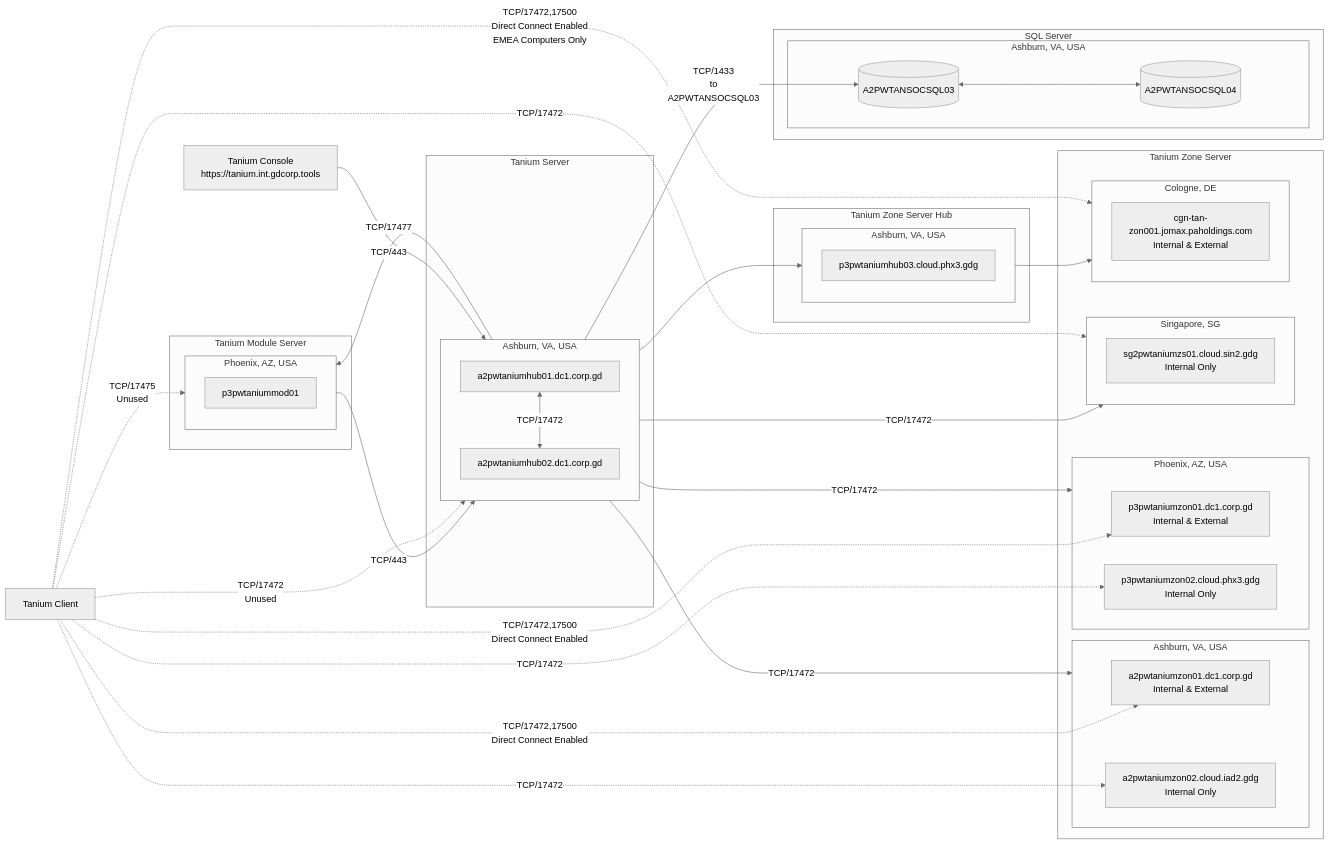
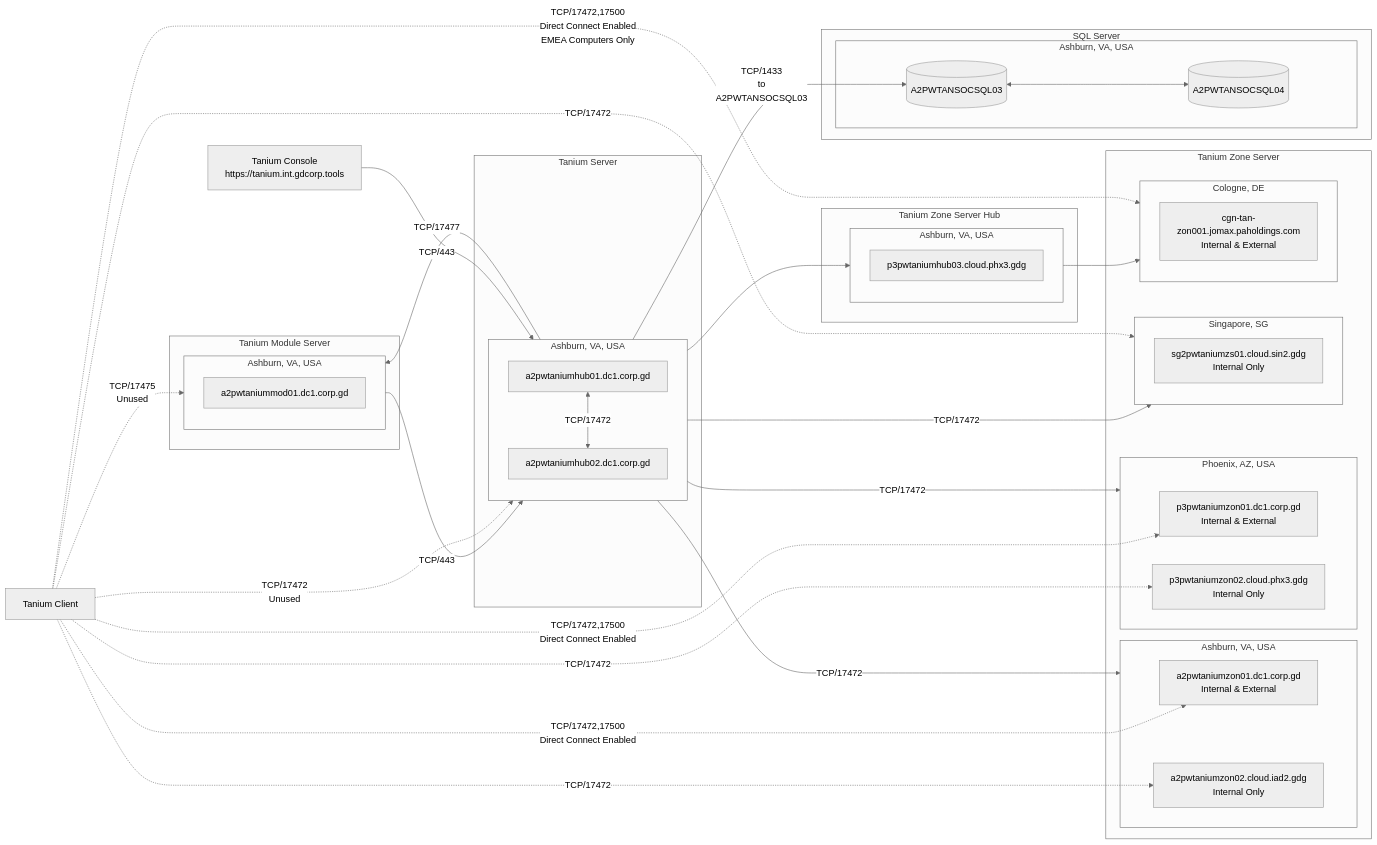
One commit to gdsec-test/tsa-tanium-config changed the diagram in docs/diagrams/src/tanium-architecture-prod-us.mmd. Above: the diagram before and after it, drawn with Mermaid (neutral theme).

Commit message:
Corrected name/location of Module Server

```diff
--- a/docs/diagrams/src/tanium-architecture-prod-us.mmd
+++ b/docs/diagrams/src/tanium-architecture-prod-us.mmd
@@ -1,77 +1,77 @@
 flowchart LR
     %% Define nodes and subgraphs
     subgraph TS["Tanium Server"]
         subgraph TS_A2["Ashburn, VA, USA"]
             TS_A2_1["a2pwtaniumhub01.dc1.corp.gd"]
             TS_A2_2["a2pwtaniumhub02.dc1.corp.gd"]
             TS_A2_1 <-->|"TCP/17472"| TS_A2_2
         end
     end
     subgraph MS["Tanium Module Server"]
-        subgraph MS_P3["Phoenix, AZ, USA"]
-            MS_P3_1["p3pwtaniummod01"]
+        subgraph MS_P3["Ashburn, VA, USA"]
+            MS_P3_1["a2pwtaniummod01.dc1.corp.gd"]
         end
     end
     subgraph ZS["Tanium Zone Server"]
         subgraph ZS_A2["Ashburn, VA, USA"]
             ZS_A2_1["a2pwtaniumzon01.dc1.corp.gd<br/>Internal & External"]
             ZS_A2_2["a2pwtaniumzon02.cloud.iad2.gdg<br/>Internal Only"]
         end
         subgraph ZS_P3["Phoenix, AZ, USA"]
             ZS_P3_1["p3pwtaniumzon01.dc1.corp.gd<br/>Internal & External"]
             ZS_P3_2["p3pwtaniumzon02.cloud.phx3.gdg<br/>Internal Only"]
         end
         subgraph ZS_SG2["Singapore, SG"]
             ZS_SG2_1["sg2pwtaniumzs01.cloud.sin2.gdg<br/>Internal Only"]
         end
         subgraph ZS_CGN["Cologne, DE"]
             ZS_CGN_1["cgn-tan-zon001.jomax.paholdings.com<br/>Internal & External"]
         end
     end
     subgraph ZH["Tanium Zone Server Hub"]
         subgraph ZH_A2["Ashburn, VA, USA"]
             ZH_A2_1["p3pwtaniumhub03.cloud.phx3.gdg"]
         end
     end
     subgraph SQL["SQL Server"]
         subgraph SQL_A2["Ashburn, VA, USA"]
             SQL_A2_3[("A2PWTANSOCSQL03")]
             SQL_A2_4[("A2PWTANSOCSQL04")]
             SQL_A2_3 <--> SQL_A2_4
         end
     end
     
     %% Define nodes not part of a subgraph
     %%Title("Tanium Production"):::StyleGoDaddyProd
     TaniumClient["Tanium Client"]
     TaniumConsole["Tanium Console<br/>https://tanium.int.gdcorp.tools"]
 
     %% Define relationships
     TS_A2 -->|"TCP/17477"| MS_P3
     MS_P3 -->|"TCP/443"| TS_A2
     TS_A2 -->|"TCP/1433<br/>to<br/>A2PWTANSOCSQL03"| SQL_A2_3
     TS_A2 --> ZH_A2
     TS_A2 -->|"TCP/17472"| ZS_A2
     TS_A2 -->|"TCP/17472"| ZS_P3
     TS_A2 -->|"TCP/17472"| ZS_SG2
     ZH_A2 --> ZS_CGN
     TaniumClient -.->|"TCP/17472<br/>Unused"| TS_A2
     TaniumClient -.->|"TCP/17475<br/>Unused"| MS_P3
     TaniumClient -.->|"TCP/17472,17500<br/>Direct Connect Enabled<br/>EMEA Computers Only"| ZS_CGN
     TaniumClient -.->|"TCP/17472,17500<br/>Direct Connect Enabled"| ZS_A2_1
     TaniumClient -.->|"TCP/17472"| ZS_A2_2
     TaniumClient -.->|"TCP/17472,17500<br/>Direct Connect Enabled"| ZS_P3_1
     TaniumClient -.->|"TCP/17472"| ZS_P3_2
     TaniumClient -.->|"TCP/17472"| ZS_SG2
     TaniumConsole -->|"TCP/443"| TS_A2
     
     %% Add hyperlinks
     click TaniumConsole "https://tanium.int.gdcorp.tools" "Tanium Console (VPN Required)"
 
     %% Define styles
     classDef StyleGoDaddyProd fill:#E22726,color:#000000,stroke:#FFFFFF,stroke-width:1px;
     classDef StyleGoDaddyProdEMEA fill:#FED317,color:#2F1C4C,stroke:#FADCD9,stroke-width:1px;
     classDef StyleGoDaddyDev fill:#00782E,color:#D8EFEF,stroke:#FFEEA9,stroke-width:1px;
 
     %% Assign styles
     %%class Title StyleGoDaddyProd;
```
